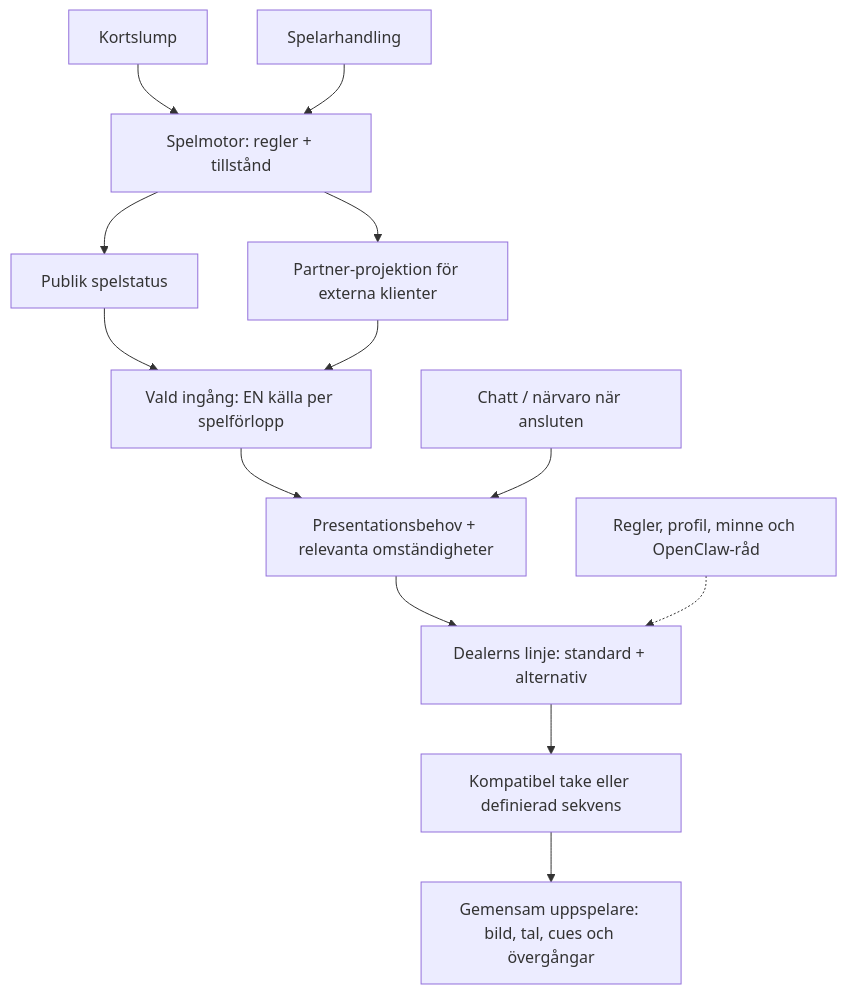
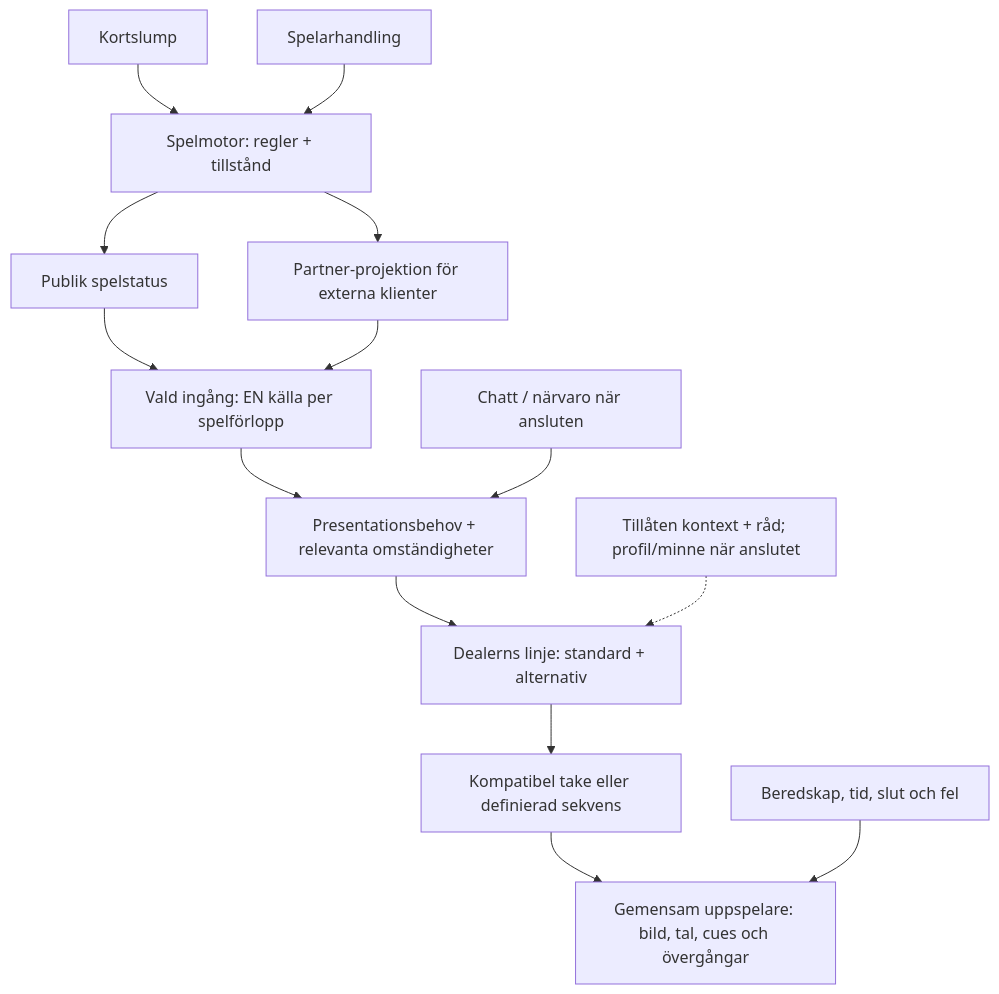
Before and after one commit to Jakeminator123/scoutgaming: the diagram in random-stuff-jakob/jakob-docs/2026-09-20-situationer-variantfamiljer-och-takes.md, drawn with Mermaid. The commit also changed other lines of this file and 43 other files, not shown here.

````diff
--- a/random-stuff-jakob/jakob-docs/2026-09-20-situationer-variantfamiljer-och-takes.md
+++ b/random-stuff-jakob/jakob-docs/2026-09-20-situationer-variantfamiljer-och-takes.md
@@ -35,15 +52,16 @@
 ```mermaid
 flowchart TD
     RNG["Kortslump"] --> ENGINE["Spelmotor: regler + tillstånd"]
     ACTION["Spelarhandling"] --> ENGINE
     ENGINE --> STATE["Publik spelstatus"]
     ENGINE --> PARTNER["Partner-projektion för externa klienter"]
     STATE --> INPUT["Vald ingång: EN källa per spelförlopp"]
     PARTNER --> INPUT
     INPUT --> NEED["Presentationsbehov + relevanta omständigheter"]
     SOCIAL["Chatt / närvaro när ansluten"] --> NEED
     NEED --> LINE["Dealerns linje: standard + alternativ"]
-    CONTEXT["Regler, profil, minne och OpenClaw-råd"] -.-> LINE
+    CONTEXT["Tillåten kontext + råd; profil/minne när anslutet"] -.-> LINE
     LINE --> TAKE["Kompatibel take eller definierad sekvens"]
     TAKE --> PLAY["Gemensam uppspelare: bild, tal, cues och övergångar"]
+    MEDIA["Beredskap, tid, slut och fel"] --> PLAY
 ```
````
